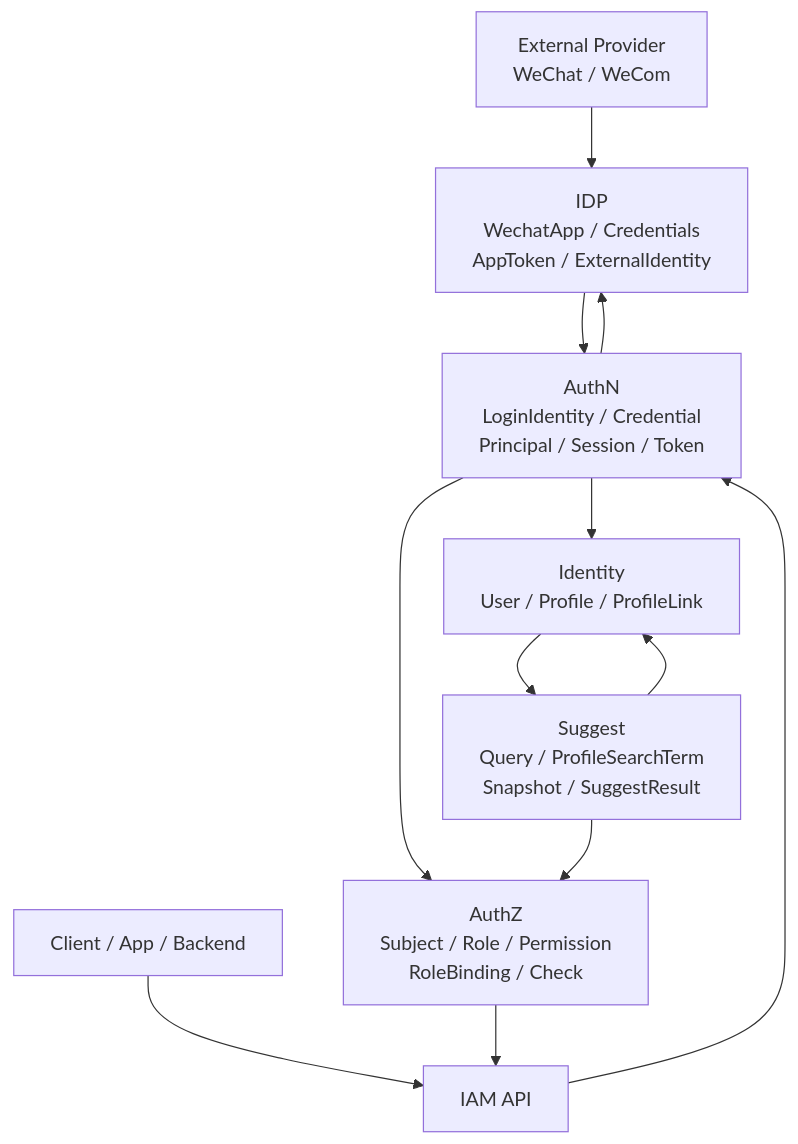
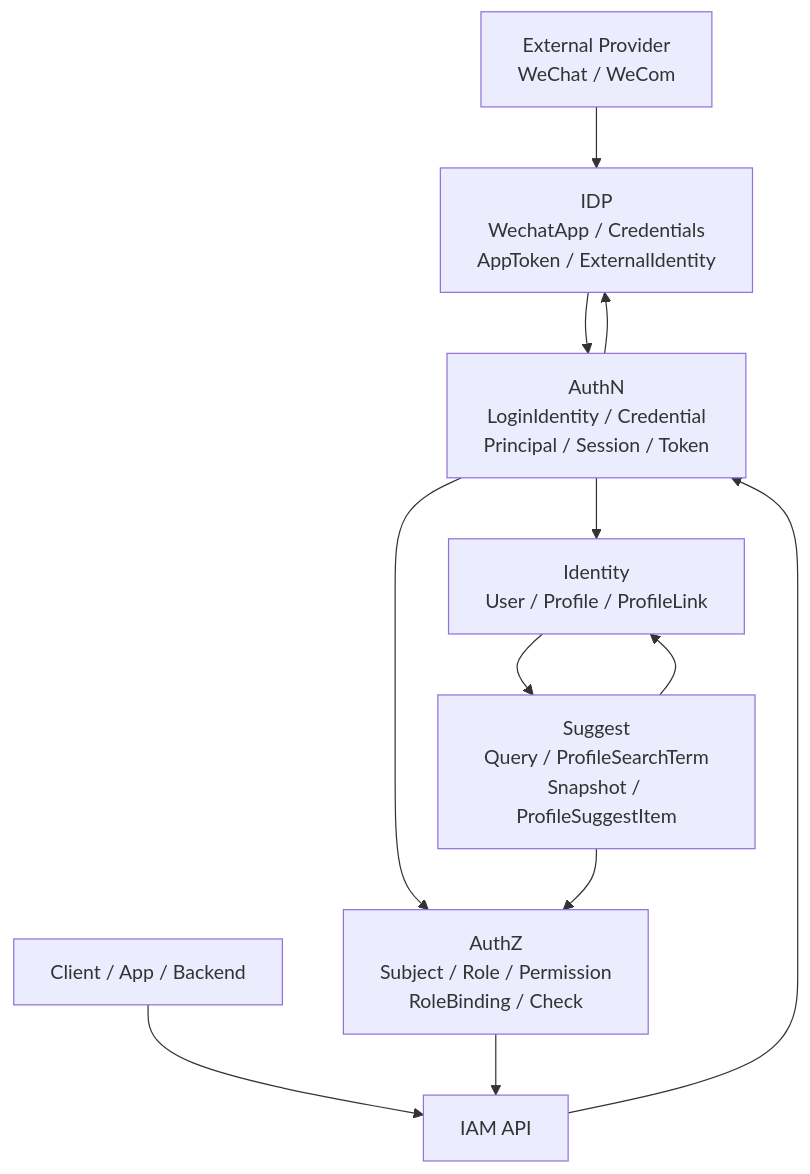
The diagram in docs/02-业务模块/README.md (FangcunMount/iam), drawn with Mermaid before and after one commit. The commit also changed other lines of this file and 45 other files, not shown here.

````diff
--- a/docs/02-业务模块/README.md
+++ b/docs/02-业务模块/README.md
@@ -80,25 +80,25 @@
 ```mermaid
 flowchart TD
     IDP["IDP\nWechatApp / Credentials\nAppToken / ExternalIdentity"]
     AuthN["AuthN\nLoginIdentity / Credential\nPrincipal / Session / Token"]
     Identity["Identity\nUser / Profile / ProfileLink"]
     AuthZ["AuthZ\nSubject / Role / Permission\nRoleBinding / Check"]
-    Suggest["Suggest\nQuery / ProfileSearchTerm\nSnapshot / SuggestResult"]
+    Suggest["Suggest\nQuery / ProfileSearchTerm\nSnapshot / ProfileSuggestItem"]
 
     Client["Client / App / Backend"]
     Provider["External Provider\nWeChat / WeCom"]
     API["IAM API"]
 
     Client --> API
     Provider --> IDP
     API --> AuthN
     AuthN --> IDP
     IDP --> AuthN
     AuthN --> Identity
     AuthN --> AuthZ
     Identity --> Suggest
     Suggest --> Identity
     Suggest --> AuthZ
 
     AuthZ --> API
 ```
````
